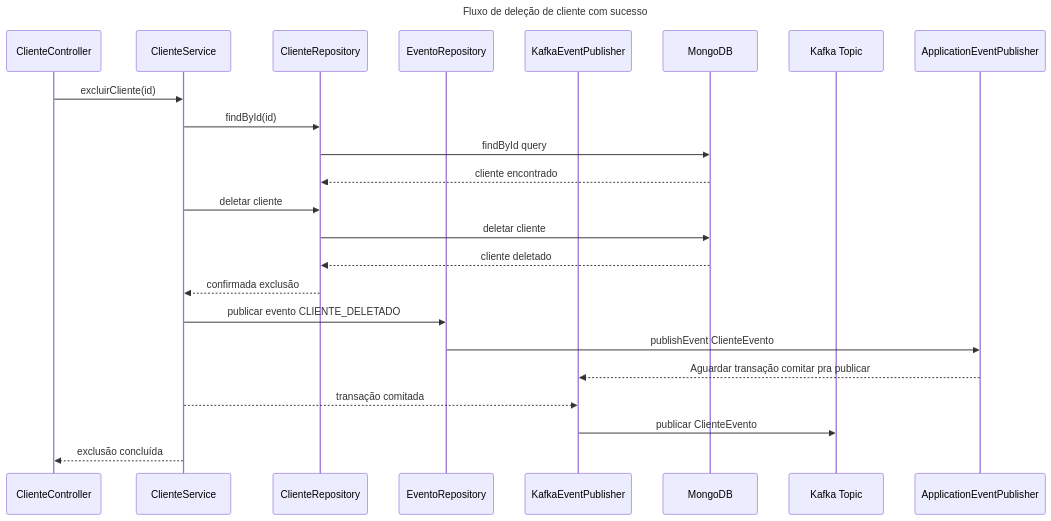
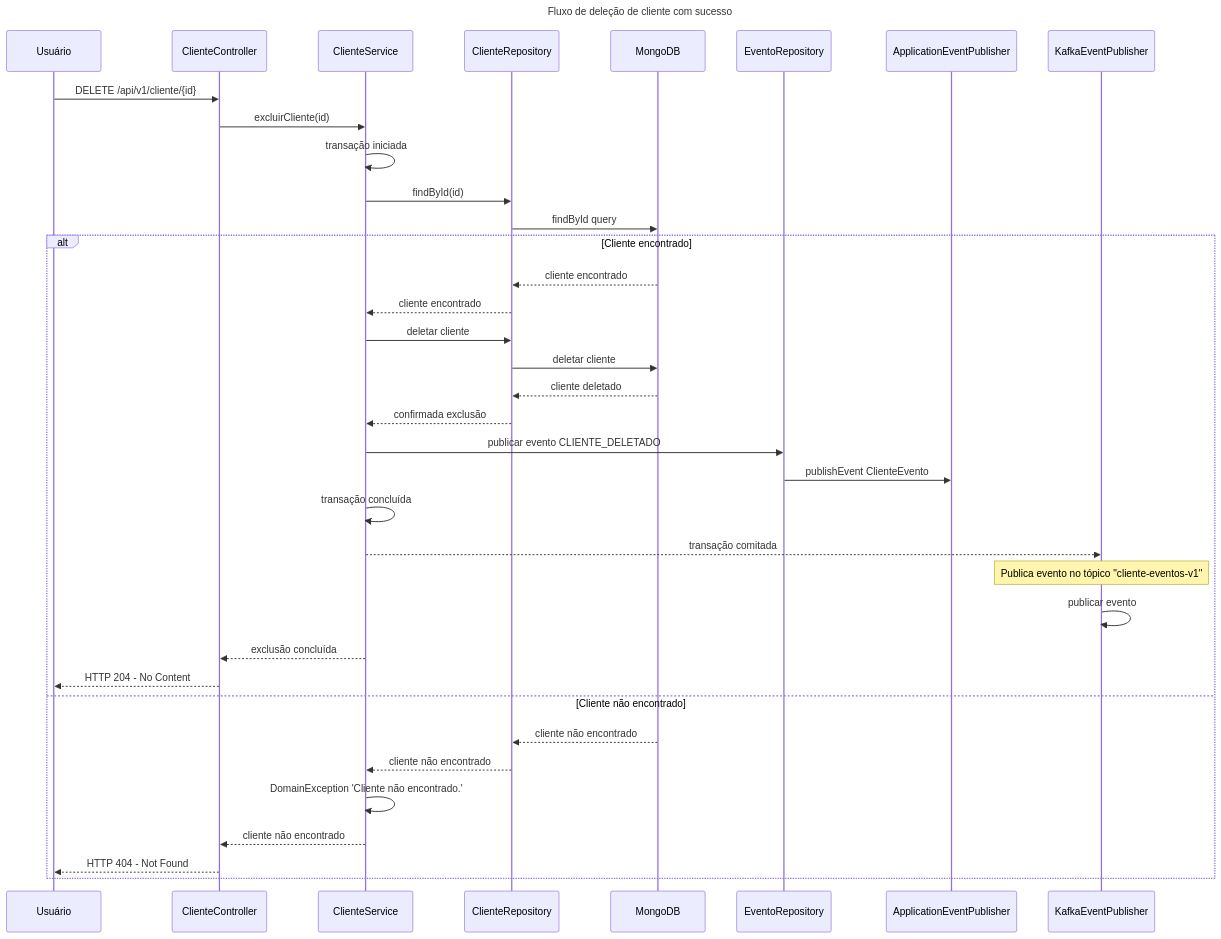
One commit to thiagosv/ms-cliente-mvc changed the diagram in .doc/c4/nivel-4/DelecaoCliente.md. Above: the diagram before and after it, drawn with Mermaid. The commit also changed other lines of this file and 6 other files, not shown here.

Commit message:
C4: Ajustes nos diagramas de sequencia

````diff
--- a/.doc/c4/nivel-4/DelecaoCliente.md
+++ b/.doc/c4/nivel-4/DelecaoCliente.md
@@ -1,29 +1,42 @@
 ```mermaid
 ---
 title: Fluxo de deleção de cliente com sucesso
 ---
 sequenceDiagram
+participant U as Usuário
 participant CC as ClienteController
 participant CS as ClienteService
 participant CR as ClienteRepository
+participant M as MongoDB
 participant ER as EventoRepository
+participant AEP as ApplicationEventPublisher
 participant K as KafkaEventPublisher
-participant M as MongoDB
-participant T as Kafka Topic
-participant AEP as ApplicationEventPublisher
 
+    U->>CC: DELETE /api/v1/cliente/{id}
     CC->>CS: excluirCliente(id)
+    CS->>CS: transação iniciada
     CS->>CR: findById(id)
     CR->>M: findById query
-    M-->>CR: cliente encontrado
-    CS->>CR: deletar cliente
-    CR->>M: deletar cliente
-    M-->>CR: cliente deletado
-    CR-->>CS: confirmada exclusão
-    CS->>ER: publicar evento CLIENTE_DELETADO
-    ER->>AEP: publishEvent ClienteEvento
-    AEP-->>K: Aguardar transação comitar pra publicar
-    CS-->>K: transação comitada
-    K->>T: publicar ClienteEvento
-    CS-->>CC: exclusão concluída
+    alt Cliente encontrado
+        M-->>CR: cliente encontrado
+        CR-->>CS: cliente encontrado
+        CS->>CR: deletar cliente
+        CR->>M: deletar cliente
+        M-->>CR: cliente deletado
+        CR-->>CS: confirmada exclusão
+        CS->>ER: publicar evento CLIENTE_DELETADO
+        ER->>AEP: publishEvent ClienteEvento
+        CS->>CS: transação concluída
+        CS-->>K: transação comitada
+        Note over K: Publica evento no tópico "cliente-eventos-v1"
+        K->>K: publicar evento
+        CS-->>CC: exclusão concluída
+        CC-->>U: HTTP 204 - No Content
+    else Cliente não encontrado
+        M-->>CR: cliente não encontrado
+        CR-->>CS: cliente não encontrado
+        CS->>CS: DomainException 'Cliente não encontrado.'
+        CS-->>CC: cliente não encontrado
+        CC-->>U: HTTP 404 - Not Found
+    end
 ```
````
